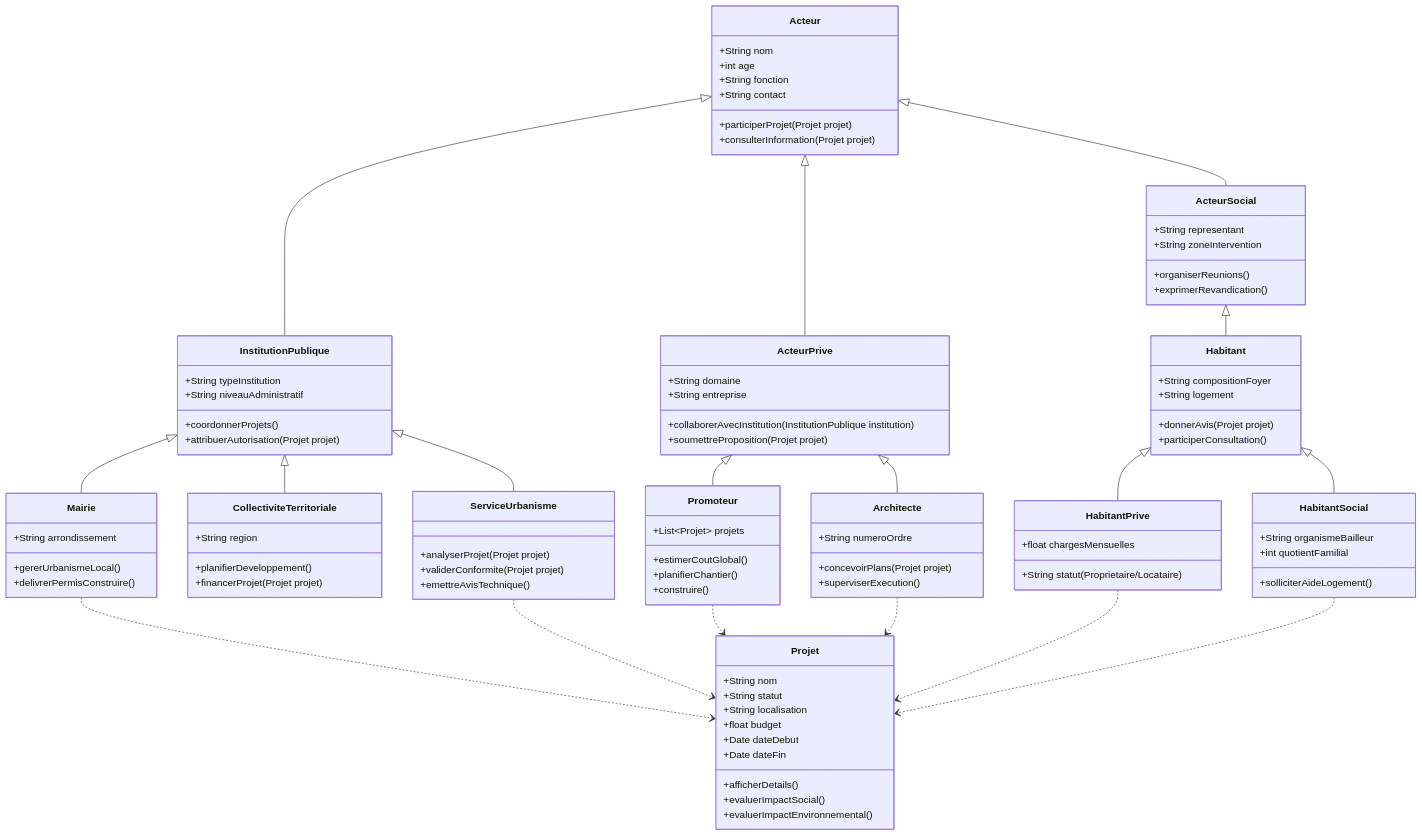
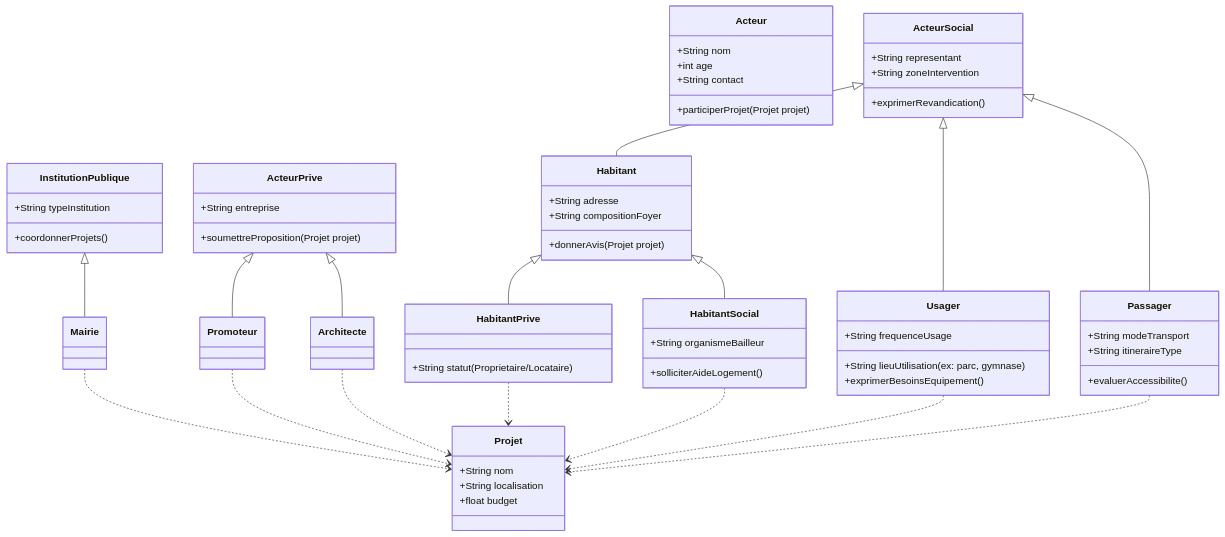
One commit to kahiarchi/LeBatiment_PlaineSaintDenis changed the diagram in acteurskahiachi3.md. Above: the diagram before and after it, drawn with Mermaid.

````diff
--- a/acteurskahiachi3.md
+++ b/acteurskahiachi3.md
@@ -7,117 +7,81 @@
     class Acteur {
         +String nom
         +int age
-        +String fonction
         +String contact
         +participerProjet(Projet projet)
-        +consulterInformation(Projet projet)
     }
 
     %% --- NIVEAU 2 : LES FAMILLES ---
     class InstitutionPublique {
         +String typeInstitution
-        +String niveauAdministratif
         +coordonnerProjets()
-        +attribuerAutorisation(Projet projet)
     }
 
     class ActeurPrive {
-        +String domaine
         +String entreprise
-        +collaborerAvecInstitution(InstitutionPublique institution)
         +soumettreProposition(Projet projet)
     }
 
     class ActeurSocial {
         +String representant
         +String zoneIntervention
-        +organiserReunions()
         +exprimerRevandication()
     }
 
-    %% --- NIVEAU 3 : LES SPÉCIALISTES ---
-    
-    %% Public
-    class Mairie {
-        +String arrondissement
-        +gererUrbanismeLocal()
-        +delivrerPermisConstruire()
-    }
-    class CollectiviteTerritoriale {
-        +String region
-        +planifierDeveloppement()
-        +financerProjet(Projet projet)
-    }
-    class ServiceUrbanisme {
-        +analyserProjet(Projet projet)
-        +validerConformite(Projet projet)
-        +emettreAvisTechnique()
+    %% --- NIVEAU 3 : SPÉCIALISATION SOCIALE (DÉTAILLÉE) ---
+    ActeurSocial <|-- Habitant
+    ActeurSocial <|-- Usager
+    ActeurSocial <|-- Passager
+
+    class Habitant {
+        +String adresse
+        +String compositionFoyer
+        +donnerAvis(Projet projet)
     }
 
-    %% Privé
-    class Promoteur {
-        +List~Projet~ projets
-        +estimerCoutGlobal()
-        +planifierChantier()
-        +construire()
-    }
-    class Architecte {
-        +String numeroOrdre
-        +concevoirPlans(Projet projet)
-        +superviserExecution()
+    class Usager {
+        +String lieuUtilisation (ex: parc, gymnase)
+        +String frequenceUsage
+        +exprimerBesoinsEquipement()
     }
 
-    %% Social & Habitants
-    class Habitant {
-        +String compositionFoyer
-        +String logement
-        +donnerAvis(Projet projet)
-        +participerConsultation()
+    class Passager {
+        +String modeTransport
+        +String itineraireType
+        +evaluerAccessibilite()
     }
+
+    %% --- NIVEAU 3 BIS : HABITANTS DÉTAILLÉS ---
+    Habitant <|-- HabitantPrive
+    Habitant <|-- HabitantSocial
+
     class HabitantPrive {
         +String statut (Proprietaire/Locataire)
-        +float chargesMensuelles
     }
+
     class HabitantSocial {
         +String organismeBailleur
-        +int quotientFamilial
         +solliciterAideLogement()
     }
 
-    %% --- NIVEAU 4 : LE PROJET (RÉSULTAT) ---
-    class Projet {
-        +String nom
-        +String statut
-        +String localisation
-        +float budget
-        +Date dateDebut
-        +Date dateFin
-        +afficherDetails()
-        +evaluerImpactSocial()
-        +evaluerImpactEnvironnemental()
-    }
-
-    %% --- RELATIONS D'HÉRITAGE ---
-    Acteur <|-- InstitutionPublique
-    Acteur <|-- ActeurPrive
-    Acteur <|-- ActeurSocial
-
+    %% --- NIVEAU 3 TER : AUTRES ACTEURS ---
     InstitutionPublique <|-- Mairie
-    InstitutionPublique <|-- CollectiviteTerritoriale
-    InstitutionPublique <|-- ServiceUrbanisme
-
     ActeurPrive <|-- Promoteur
     ActeurPrive <|-- Architecte
 
-    ActeurSocial <|-- Habitant
-    Habitant <|-- HabitantPrive
-    Habitant <|-- HabitantSocial
+    %% --- NIVEAU 4 : LE PROJET ---
+    class Projet {
+        +String nom
+        +String localisation
+        +float budget
+    }
 
-    %% --- RELATIONS DE FLUX (VERS LE BAS, SANS TEXTE) ---
+    %% --- RELATIONS DE FLUX ---
     Mairie ..> Projet
-    ServiceUrbanisme ..> Projet
     Promoteur ..> Projet
     Architecte ..> Projet
     HabitantPrive ..> Projet
     HabitantSocial ..> Projet
+    Usager ..> Projet
+    Passager ..> Projet
 ```
````
